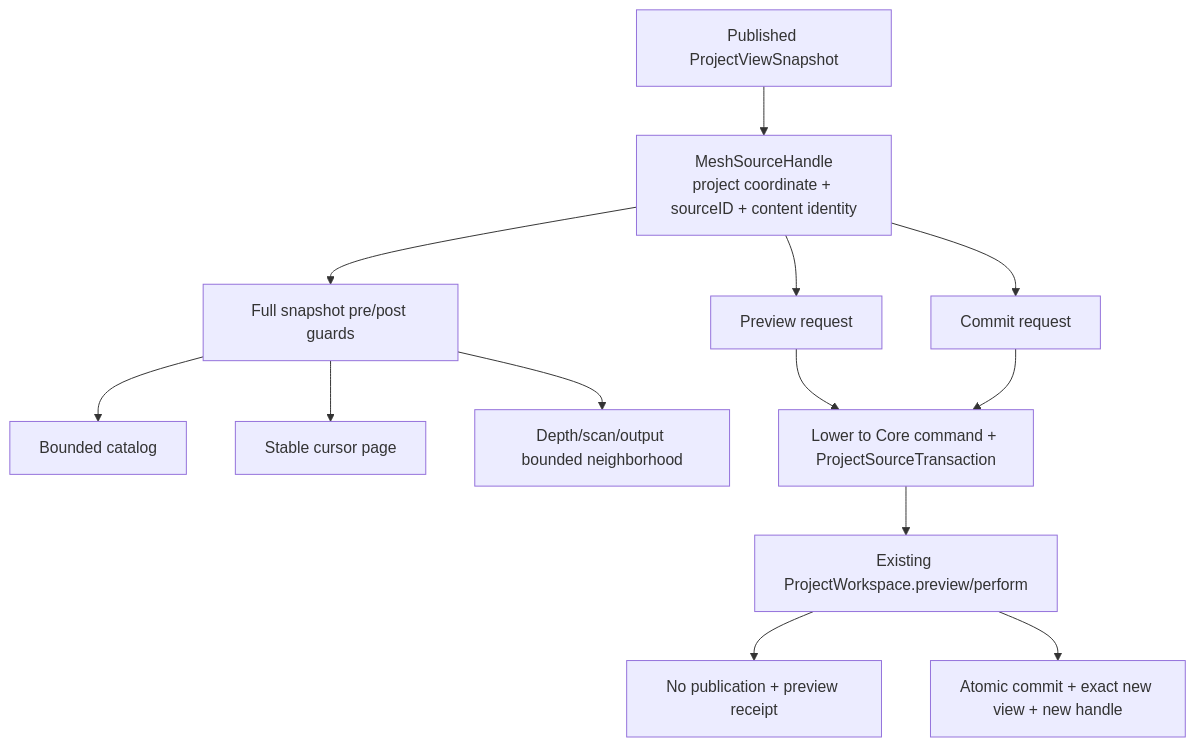
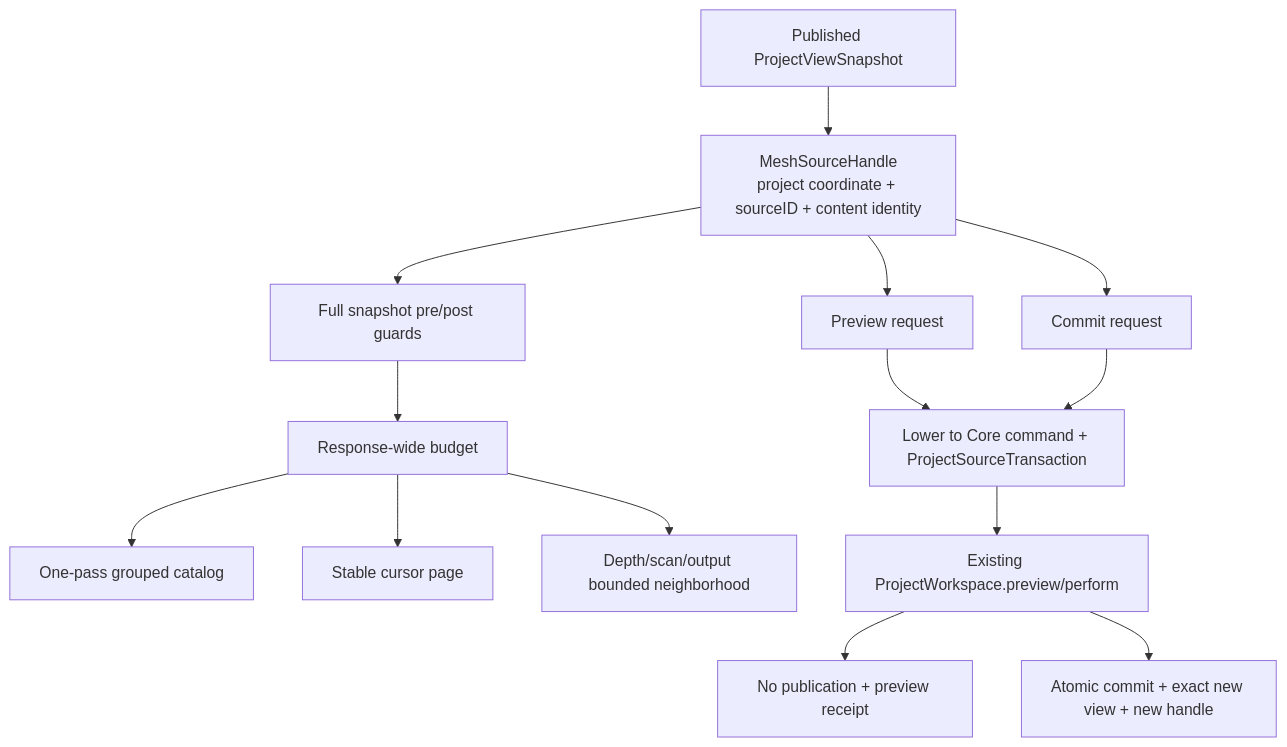
Before and after one commit to 1amageek/Rupa: the second of 3 diagrams in RupaKit/Sources/RupaKit/DESIGN.md, drawn with Mermaid. The commit also changed other lines of this file and 24 other files, not shown here.

````diff
--- a/RupaKit/Sources/RupaKit/DESIGN.md
+++ b/RupaKit/Sources/RupaKit/DESIGN.md
@@ -98,15 +102,16 @@
 ```mermaid
 flowchart TD
     Snapshot["Published ProjectViewSnapshot"] --> Handle["MeshSourceHandle\nproject coordinate + sourceID + content identity"]
     Handle --> ReadGuard["Full snapshot pre/post guards"]
-    ReadGuard --> Catalog["Bounded catalog"]
-    ReadGuard --> Page["Stable cursor page"]
-    ReadGuard --> Neighborhood["Depth/scan/output bounded neighborhood"]
+    ReadGuard --> Budget["Response-wide budget"]
+    Budget --> Catalog["One-pass grouped catalog"]
+    Budget --> Page["Stable cursor page"]
+    Budget --> Neighborhood["Depth/scan/output bounded neighborhood"]
     Handle --> Preview["Preview request"]
     Handle --> Commit["Commit request"]
     Preview --> Lower["Lower to Core command + ProjectSourceTransaction"]
     Commit --> Lower
     Lower --> Project["Existing ProjectWorkspace.preview/perform"]
     Project --> Result["No publication + preview receipt"]
     Project --> Result2["Atomic commit + exact new view + new handle"]
 ```
````
